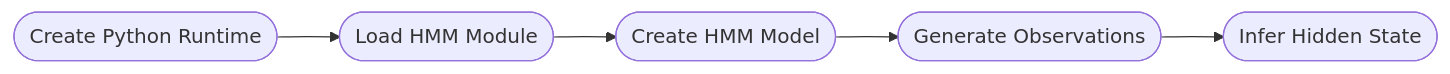
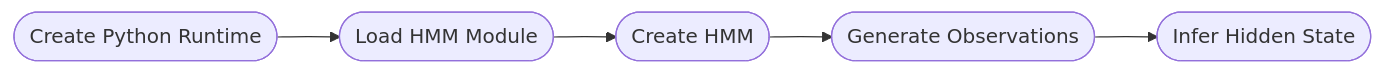
Before and after one commit to bonsai-rx/machinelearning: the diagram in docs/articles/HiddenMarkovModels/hmm-getting-started.md, drawn with Mermaid.

Commit message:
Update hmm docs

````diff
--- a/docs/articles/HiddenMarkovModels/hmm-getting-started.md
+++ b/docs/articles/HiddenMarkovModels/hmm-getting-started.md
@@ -7,16 +7,16 @@
 ```mermaid
 
 flowchart LR
 
     A(["Create Python Runtime"])
     B(["Load HMM Module"])
-    C(["Create HMM Model"])
+    C(["Create HMM"])
     D(["Generate Observations"])
     E(["Infer Hidden State"])
 
     A --> B
     B --> C
     C --> D
     D --> E
 
 ```
````
